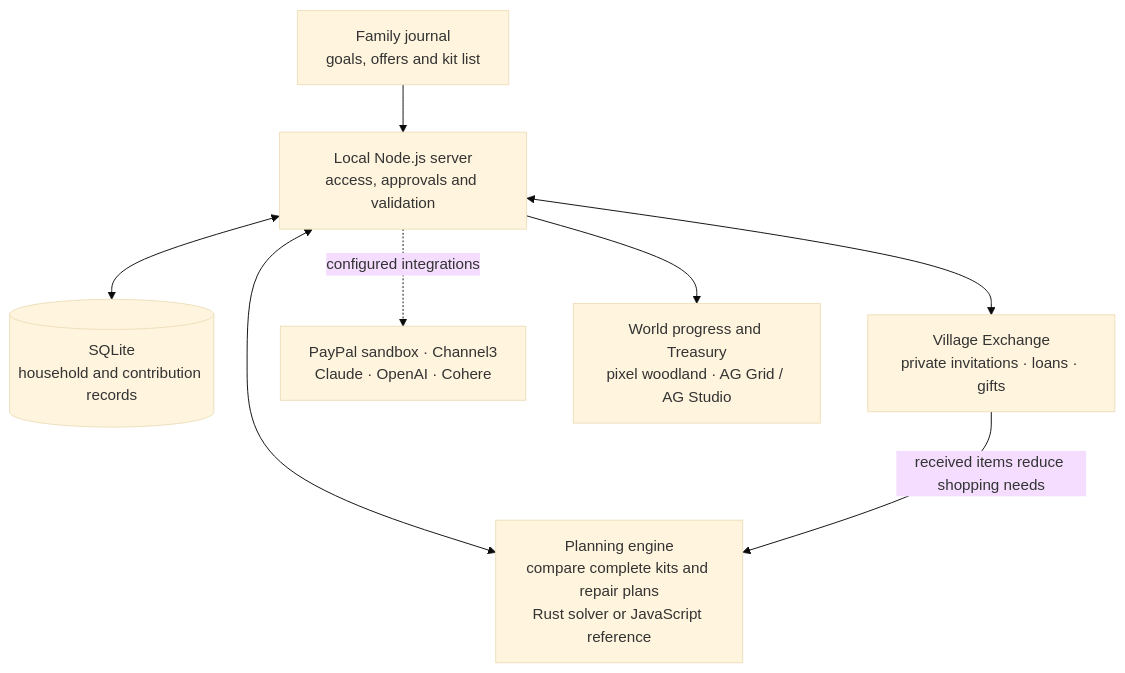
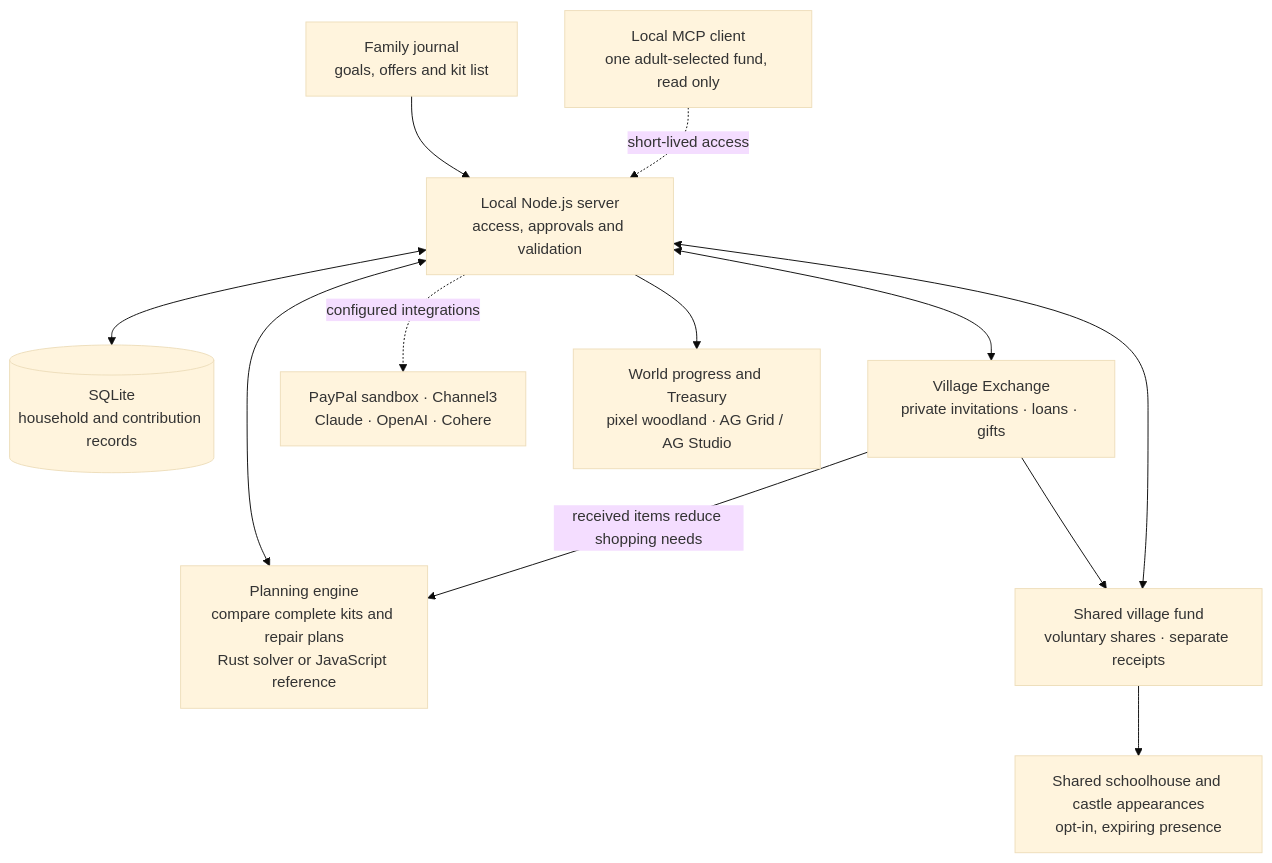
The diagram in README.md (alejandro-publius/our-castle), drawn with Mermaid (base theme) before and after one commit. The commit also changed other lines of this file and 27 other files, not shown here.

Commit message:
Connect shared village funds, scoped assistance and the class-trip demo

````diff
--- a/README.md
+++ b/README.md
@@ -122,12 +124,16 @@
 ```mermaid
 flowchart TB
     accTitle: Our Castle architecture at a glance
     accDescr: The family journal sends explicit actions to a local Node server. The server uses planning services and SQLite, calls configured providers, and returns world progress and Treasury records.
     Family["Family journal<br/>goals, offers and kit list"] --> Server["Local Node.js server<br/>access, approvals and validation"]
     Server <--> Planning["Planning engine<br/>compare complete kits and repair plans<br/>Rust solver or JavaScript reference"]
     Server <--> Records[("SQLite<br/>household and contribution records")]
     Server <--> Exchange["Village Exchange<br/>private invitations · loans · gifts"]
+    Exchange --> Fund["Shared village fund<br/>voluntary shares · separate receipts"]
+    Fund --> Square["Shared schoolhouse and castle appearances<br/>opt-in, expiring presence"]
+    Server <--> Fund
+    Assistant["Local MCP client<br/>one adult-selected fund, read only"] -. "short-lived access" .-> Server
     Exchange -->|"received items reduce shopping needs"| Planning
     Server -. "configured integrations" .-> Providers["PayPal sandbox · Channel3<br/>Claude · OpenAI · Cohere"]
     Server --> View["World progress and Treasury<br/>pixel woodland · AG Grid / AG Studio"]
 ```
````
